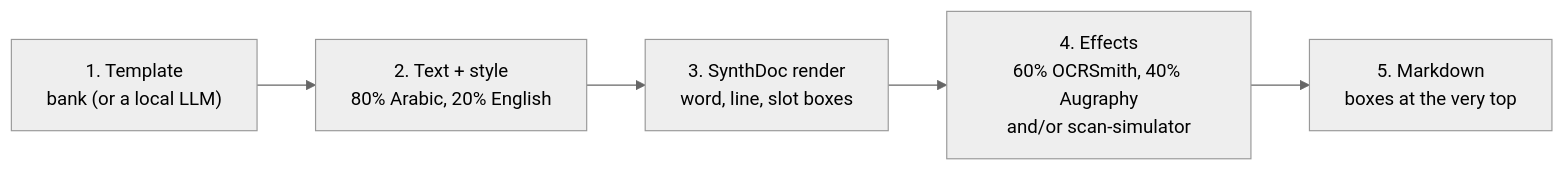
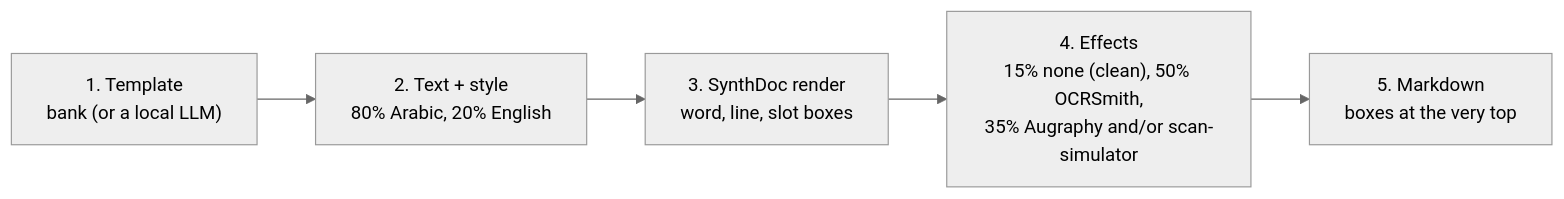
One commit to Yousef10p/OCRSynthGen changed the ninth of 12 diagrams in README.md. Above: the diagram before and after it, drawn with Mermaid (neutral theme). The commit also changed other lines of this file and 3 other files, not shown here.

First line of the commit message:
Add clean documents: some samples get no effects at all

````diff
--- a/README.md
+++ b/README.md
@@ -410,7 +410,7 @@
 ```mermaid
 flowchart LR
     T["1. Template<br/>bank (or a local LLM)"] --> F["2. Text + style<br/>80% Arabic, 20% English"]
     F --> R["3. SynthDoc render<br/>word, line, slot boxes"]
-    R --> E["4. Effects<br/>60% OCRSmith, 40% Augraphy<br/>and/or scan-simulator"]
+    R --> E["4. Effects<br/>15% none (clean), 50% OCRSmith,<br/>35% Augraphy and/or scan-simulator"]
     E --> M["5. Markdown<br/>boxes at the very top"]
 ```
````
